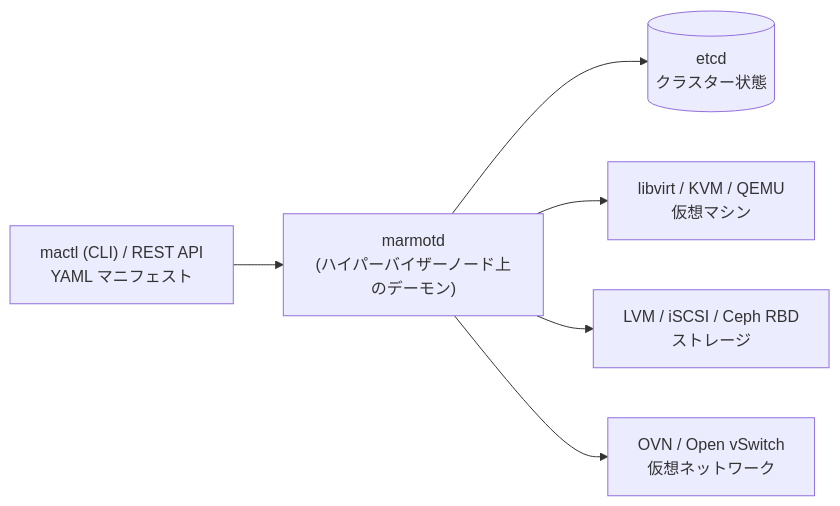
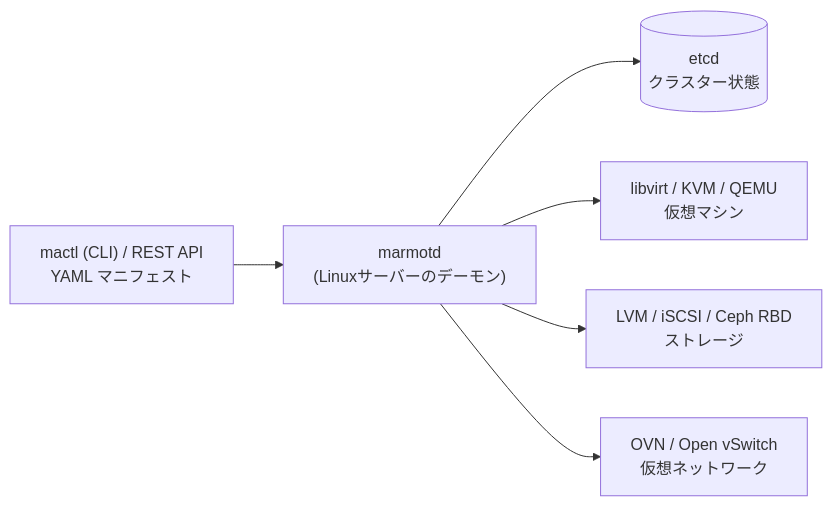
Before and after one commit to takara9/marmot: the diagram in README.md, drawn with Mermaid. The commit also changed other lines of this file, not shown here.

````diff
--- a/README.md
+++ b/README.md
@@ -114,8 +114,8 @@
 ```mermaid
 flowchart LR
-    U["mactl (CLI) / REST API<br/>YAML マニフェスト"] --> D["marmotd<br/>(ハイパーバイザーノード上のデーモン)"]
+    U["mactl (CLI) / REST API<br/>YAML マニフェスト"] --> D["marmotd<br/>(Linuxサーバーのデーモン)"]
     D --> E[("etcd<br/>クラスター状態")]
     D --> V["libvirt / KVM / QEMU<br/>仮想マシン"]
     D --> S["LVM / iSCSI / Ceph RBD<br/>ストレージ"]
     D --> N["OVN / Open vSwitch<br/>仮想ネットワーク"]
 ```
````
